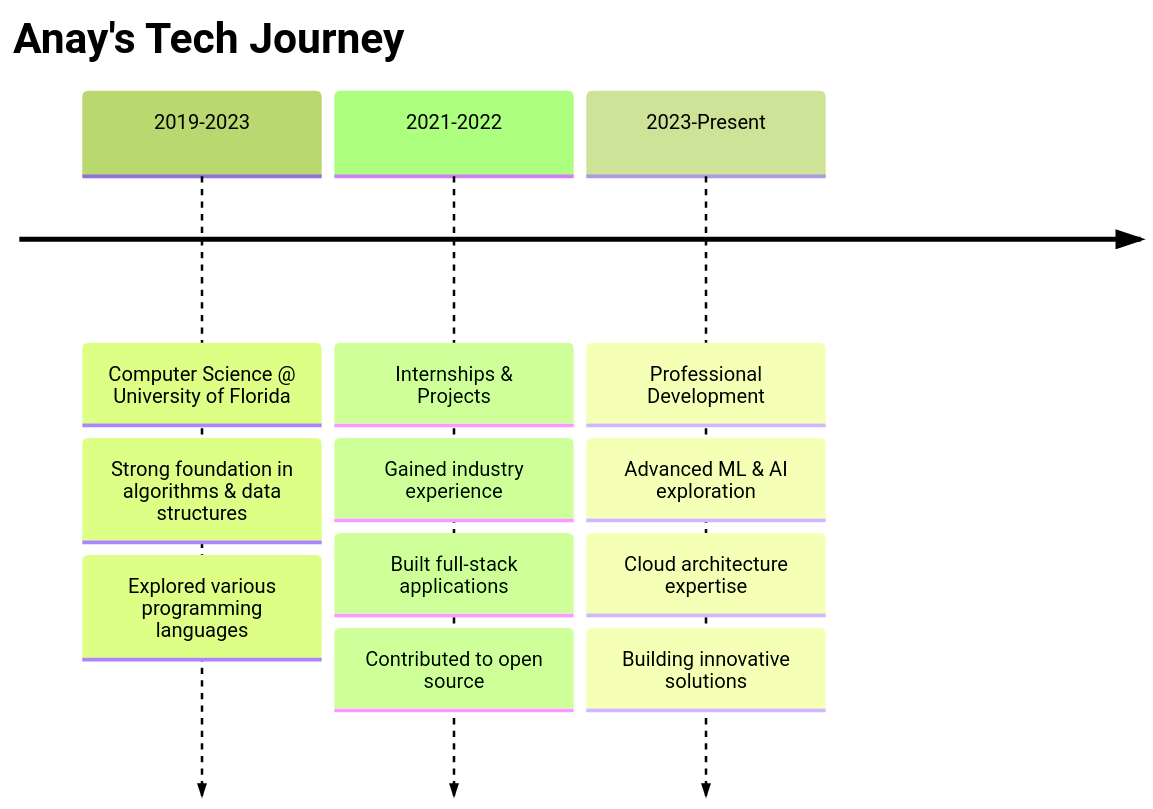
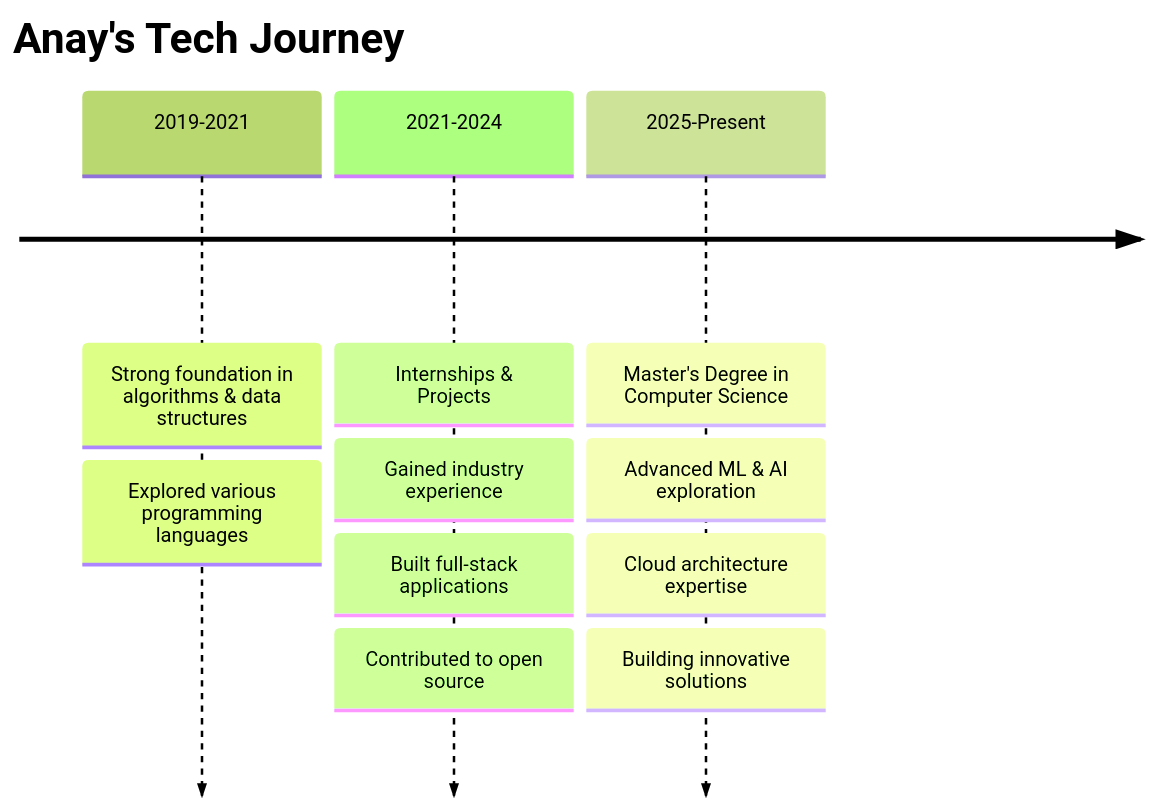
Before and after one commit to anayy09/anayy09: the diagram in README.md, drawn with Mermaid (forest theme). The commit also changed other lines of this file, not shown here.

````diff
--- a/README.md
+++ b/README.md
@@ -163,18 +143,17 @@
 ```mermaid
 timeline
     title Anay's Tech Journey
     
-    2019-2023 : Computer Science @ University of Florida
-              : Strong foundation in algorithms & data structures
+    2019-2021 : Strong foundation in algorithms & data structures
               : Explored various programming languages
     
-    2021-2022 : Internships & Projects
+    2021-2024 : Internships & Projects
               : Gained industry experience
               : Built full-stack applications
               : Contributed to open source
     
-    2023-Present : Professional Development
+    2025-Present : Master's Degree in Computer Science
                  : Advanced ML & AI exploration
                  : Cloud architecture expertise
                  : Building innovative solutions
 ```
````
